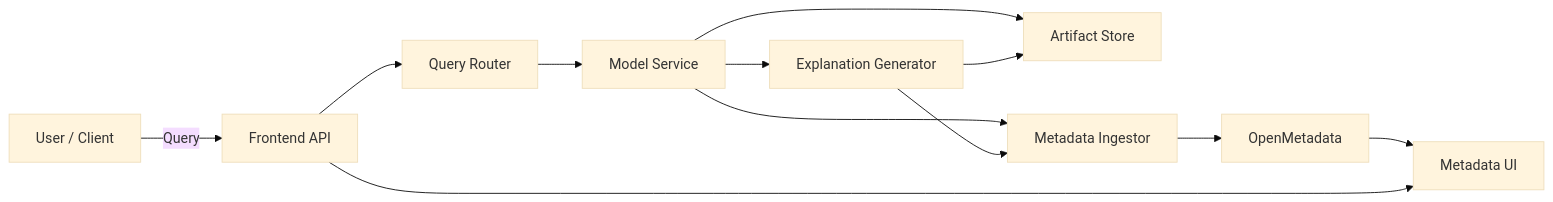
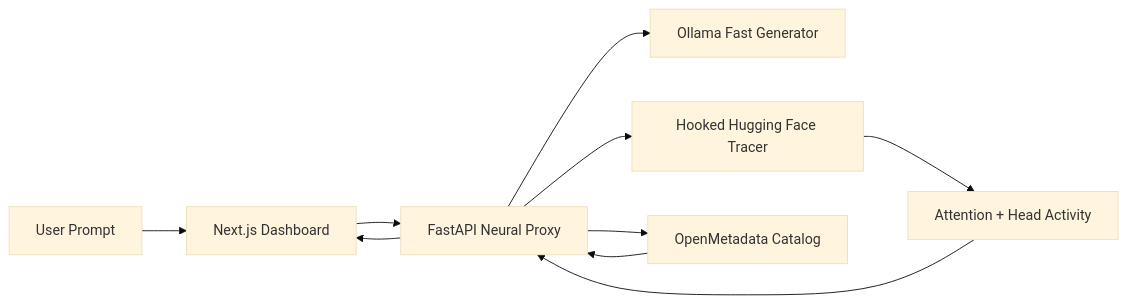
One commit to FiscalMindset/Synapse-Graph changed the diagram in explain.md. Above: the diagram before and after it, drawn with Mermaid (base theme). The commit also changed other lines of this file and 4 other files, not shown here.

````diff
--- a/explain.md
+++ b/explain.md
@@ -141,14 +30,12 @@
 ```mermaid
 flowchart LR
-  A[User / Client] -->|Query| B[Frontend API]
-  B --> C[Query Router]
-  C --> D[Model Service]
-  D --> E[Explanation Generator]
-  D --> F[Artifact Store]
-  E --> F
-  D --> G[Metadata Ingestor]
-  E --> G
-  G --> H[OpenMetadata]
-  H --> I[Metadata UI]
-  B --> I[Metadata UI]
+  U[User Prompt] --> FE[Next.js Dashboard]
+  FE --> API[FastAPI Neural Proxy]
+  API --> OLLAMA[Ollama Fast Generator]
+  API --> HF[Hooked Hugging Face Tracer]
+  HF --> TRACE[Attention + Head Activity]
+  TRACE --> API
+  API --> OM[OpenMetadata Catalog]
+  OM --> API
+  API --> FE
 ```
````
